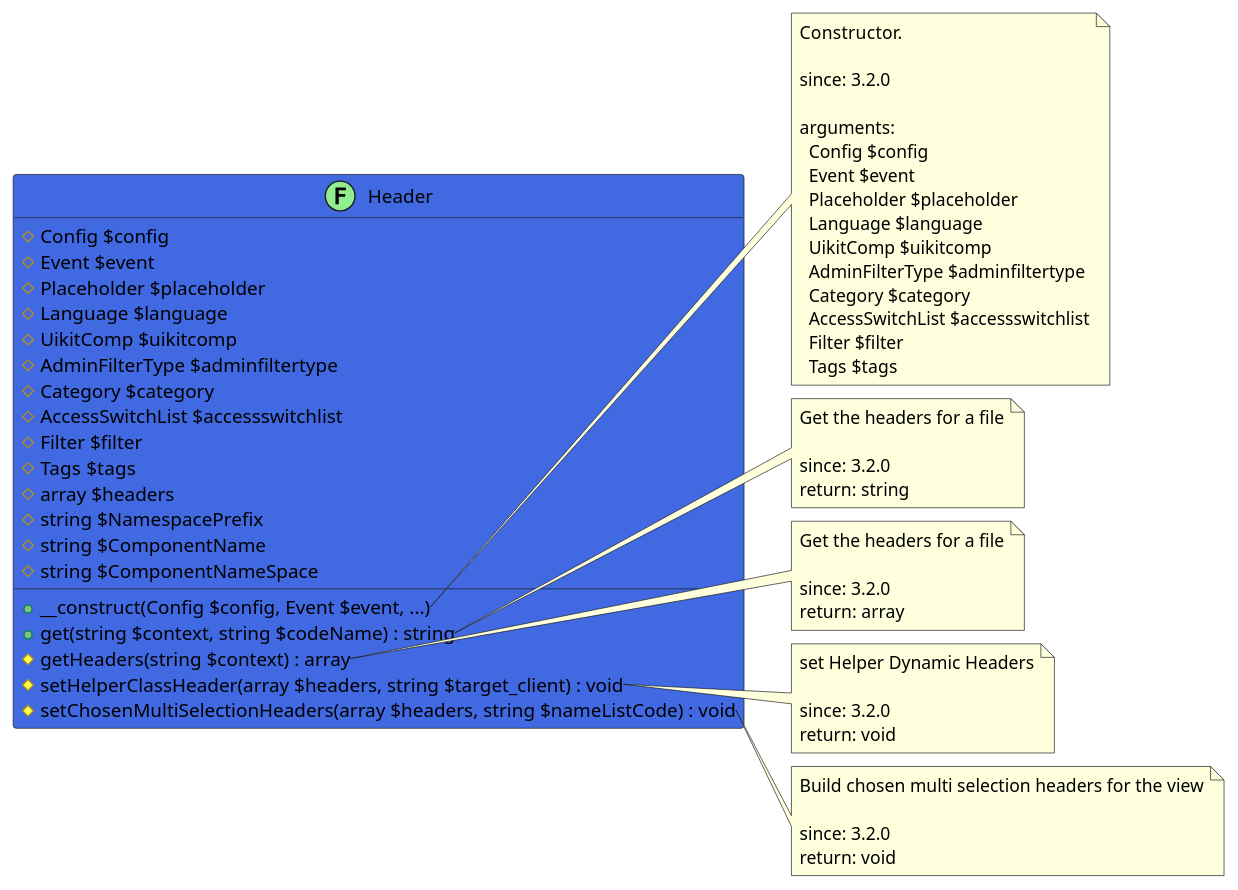
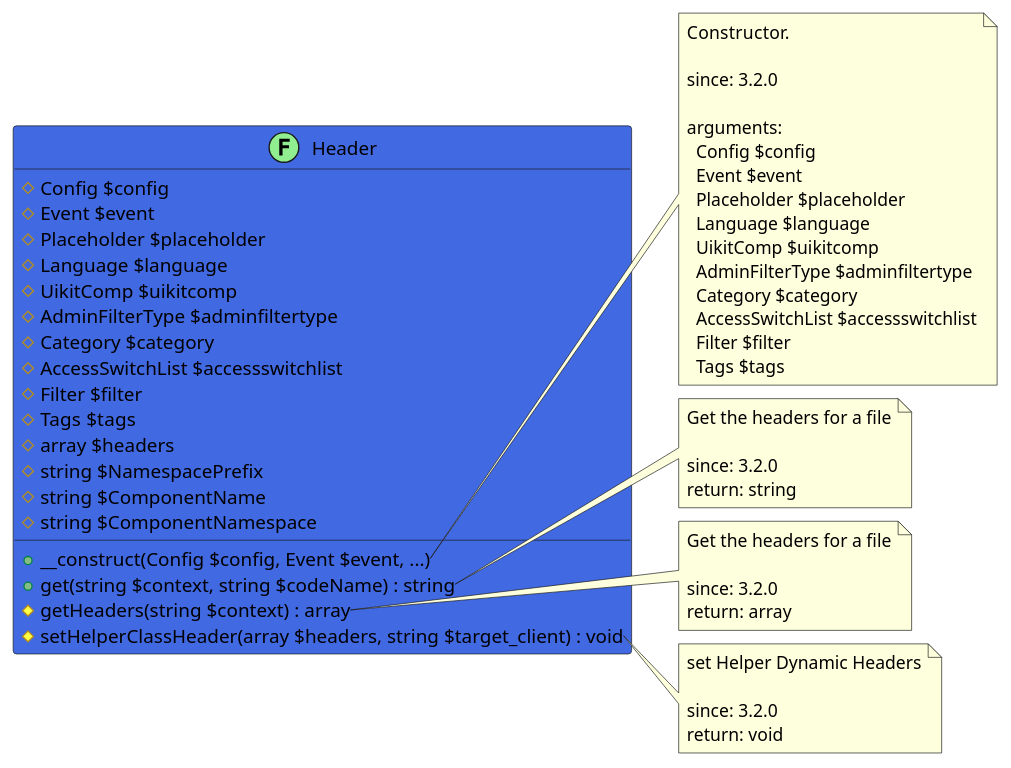
One commit to joomengine/jcb-compiler changed the diagram in src/1ee227b9-da0f-4e7b-ae66-99a9d53f6f49/README.md. Above: the diagram before and after it, drawn with PlantUML. The commit also changed 232 other files, not shown here.

````diff
--- a/src/1ee227b9-da0f-4e7b-ae66-99a9d53f6f49/README.md
+++ b/src/1ee227b9-da0f-4e7b-ae66-99a9d53f6f49/README.md
@@ -11,72 +11,64 @@
 ```uml
 @startuml
 class Header << (F,LightGreen) >> #RoyalBlue {
   # Config $config
   # Event $event
   # Placeholder $placeholder
   # Language $language
   # UikitComp $uikitcomp
   # AdminFilterType $adminfiltertype
   # Category $category
   # AccessSwitchList $accessswitchlist
   # Filter $filter
   # Tags $tags
   # array $headers
   # string $NamespacePrefix
   # string $ComponentName
-  # string $ComponentNameSpace
+  # string $ComponentNamespace
   + __construct(Config $config, Event $event, ...)
   + get(string $context, string $codeName) : string
   # getHeaders(string $context) : array
   # setHelperClassHeader(array $headers, string $target_client) : void
-  # setChosenMultiSelectionHeaders(array $headers, string $nameListCode) : void
 }
 
 note right of Header::__construct
   Constructor.
 
   since: 3.2.0
   
   arguments:
     Config $config
     Event $event
     Placeholder $placeholder
     Language $language
     UikitComp $uikitcomp
     AdminFilterType $adminfiltertype
     Category $category
     AccessSwitchList $accessswitchlist
     Filter $filter
     Tags $tags
 end note
 
 note right of Header::get
   Get the headers for a file
 
   since: 3.2.0
   return: string
 end note
 
 note right of Header::getHeaders
   Get the headers for a file
 
   since: 3.2.0
   return: array
 end note
 
 note right of Header::setHelperClassHeader
   set Helper Dynamic Headers
 
   since: 3.2.0
   return: void
 end note
-
-note right of Header::setChosenMultiSelectionHeaders
-  Build chosen multi selection headers for the view
-
-  since: 3.2.0
-  return: void
-end note
  
 @enduml
 ```
````
